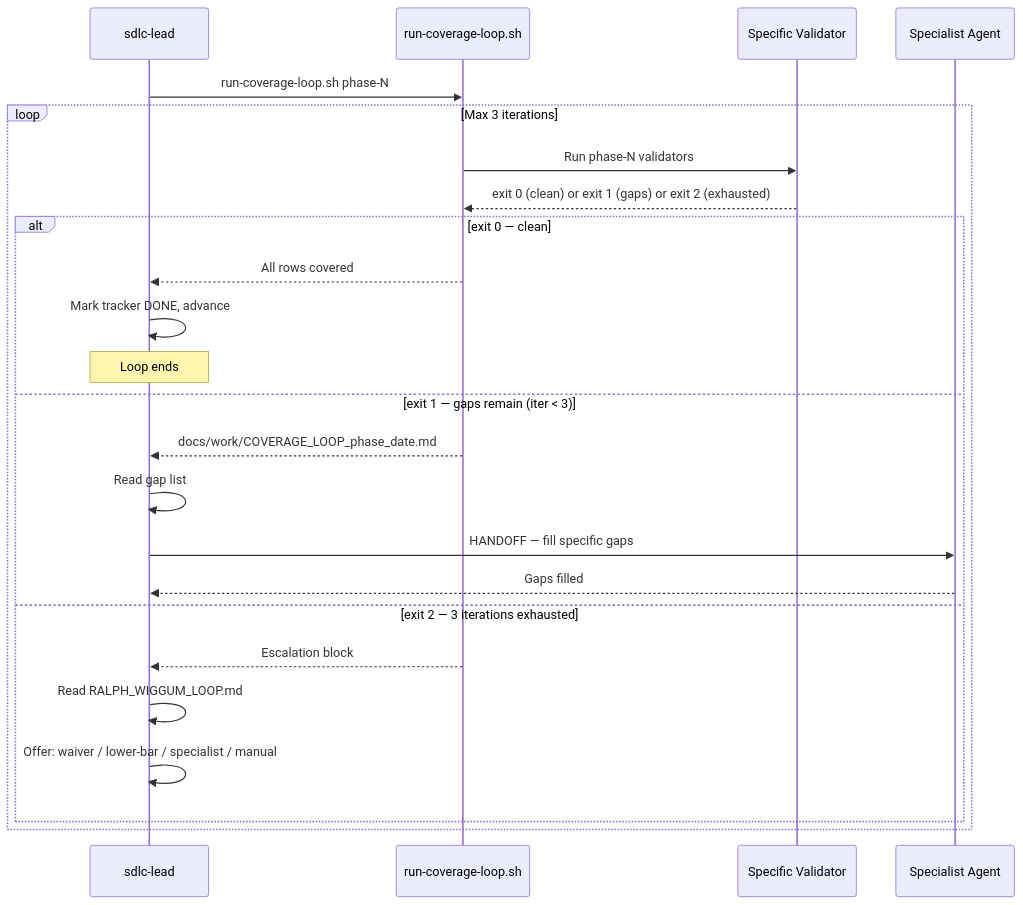
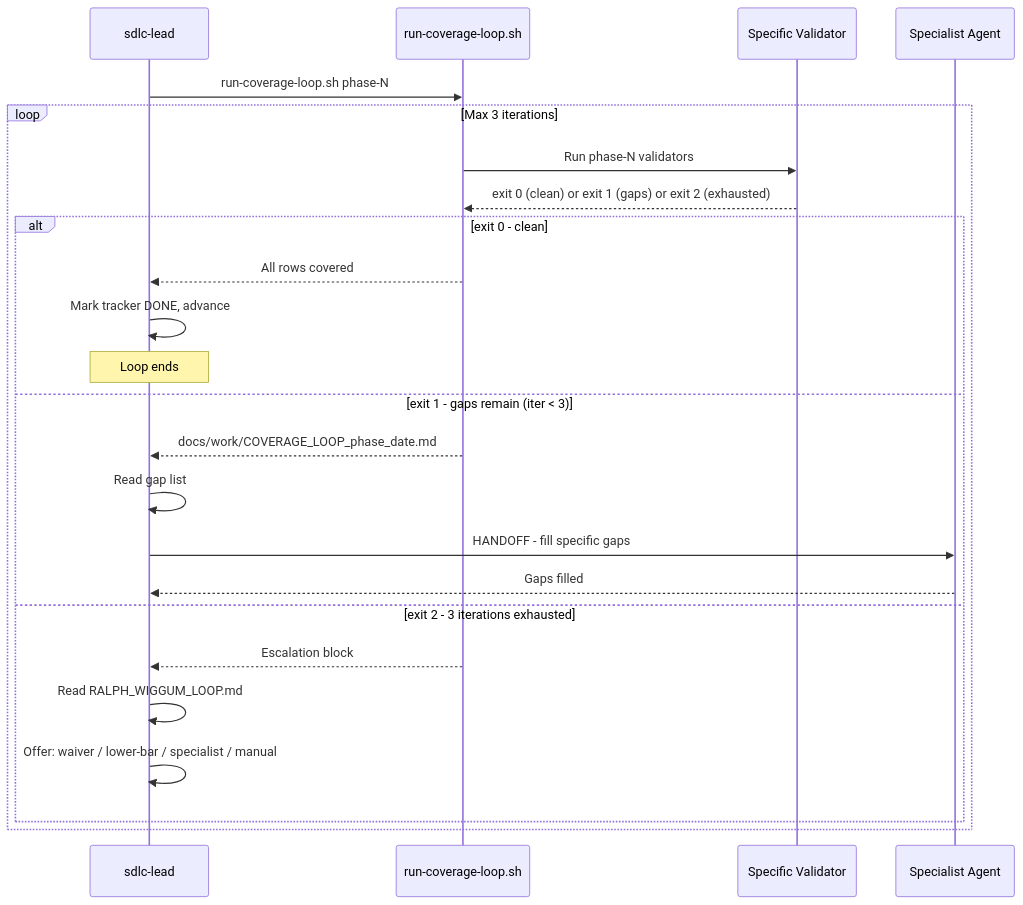
One commit to bpmforge/attest changed the second of 2 diagrams in docs/review/08-validators.md. Above: the diagram before and after it, drawn with Mermaid. The commit also changed 28 other files, not shown here.

First line of the commit message:
docs: refresh all docs for v1.1-v1.6 + autofix mermaid in review book

````diff
--- a/docs/review/08-validators.md
+++ b/docs/review/08-validators.md
@@ -38,29 +38,29 @@
 ```mermaid
 sequenceDiagram
     participant LEAD as sdlc-lead
     participant CL as run-coverage-loop.sh
     participant VAL as Specific Validator
     participant SPEC as Specialist Agent
 
     LEAD->>CL: run-coverage-loop.sh phase-N
-    
+
     loop Max 3 iterations
         CL->>VAL: Run phase-N validators
         VAL-->>CL: exit 0 (clean) or exit 1 (gaps) or exit 2 (exhausted)
-        
-        alt exit 0 — clean
+
+        alt exit 0 - clean
             CL-->>LEAD: All rows covered
             LEAD->>LEAD: Mark tracker DONE, advance
             Note over LEAD: Loop ends
-        else exit 1 — gaps remain (iter < 3)
+        else exit 1 - gaps remain (iter < 3)
             CL-->>LEAD: docs/work/COVERAGE_LOOP_phase_date.md
             LEAD->>LEAD: Read gap list
-            LEAD->>SPEC: HANDOFF — fill specific gaps
+            LEAD->>SPEC: HANDOFF - fill specific gaps
             SPEC-->>LEAD: Gaps filled
-        else exit 2 — 3 iterations exhausted
+        else exit 2 - 3 iterations exhausted
             CL-->>LEAD: Escalation block
             LEAD->>LEAD: Read RALPH_WIGGUM_LOOP.md
             LEAD->>LEAD: Offer: waiver / lower-bar / specialist / manual
         end
     end
 ```
````
